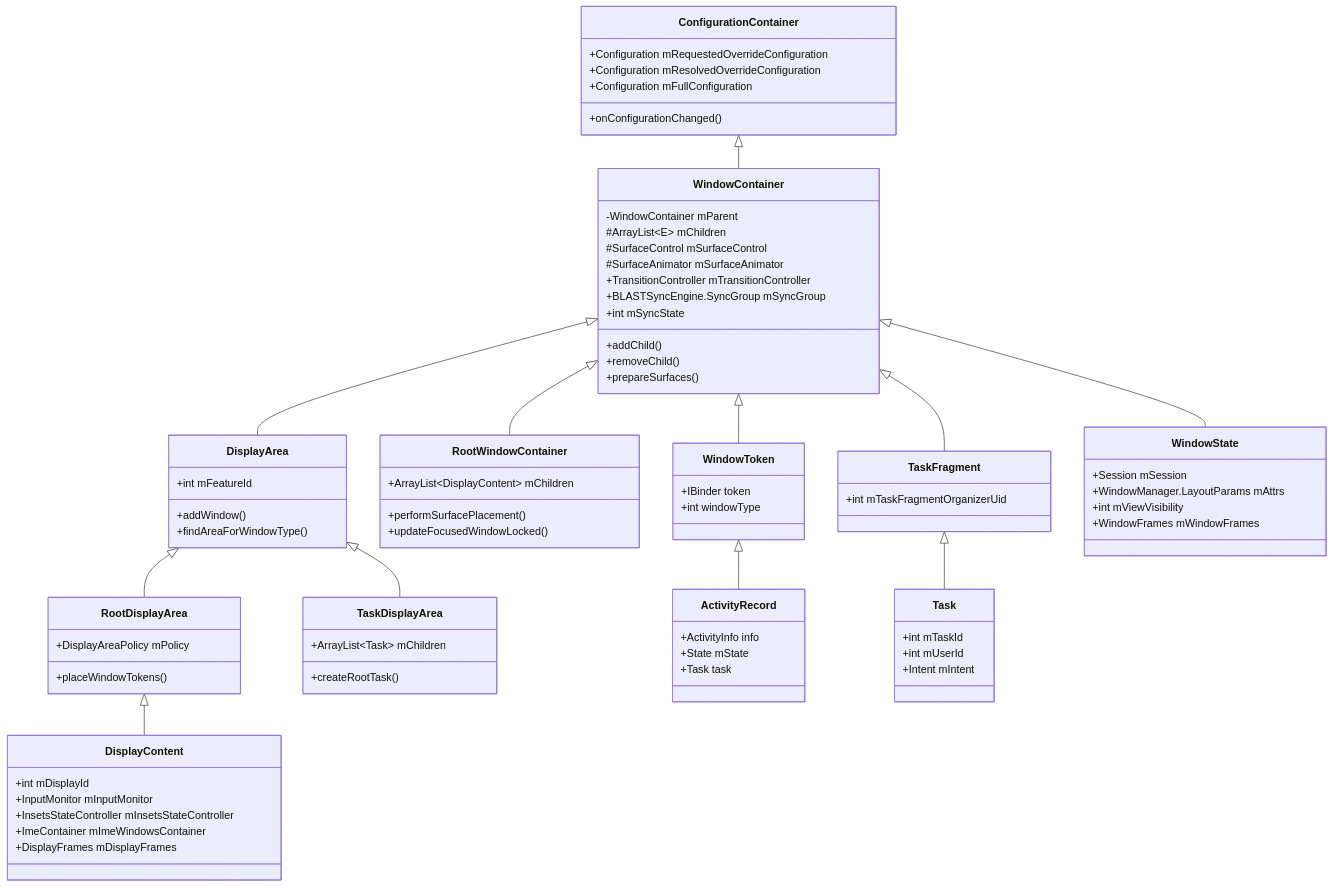
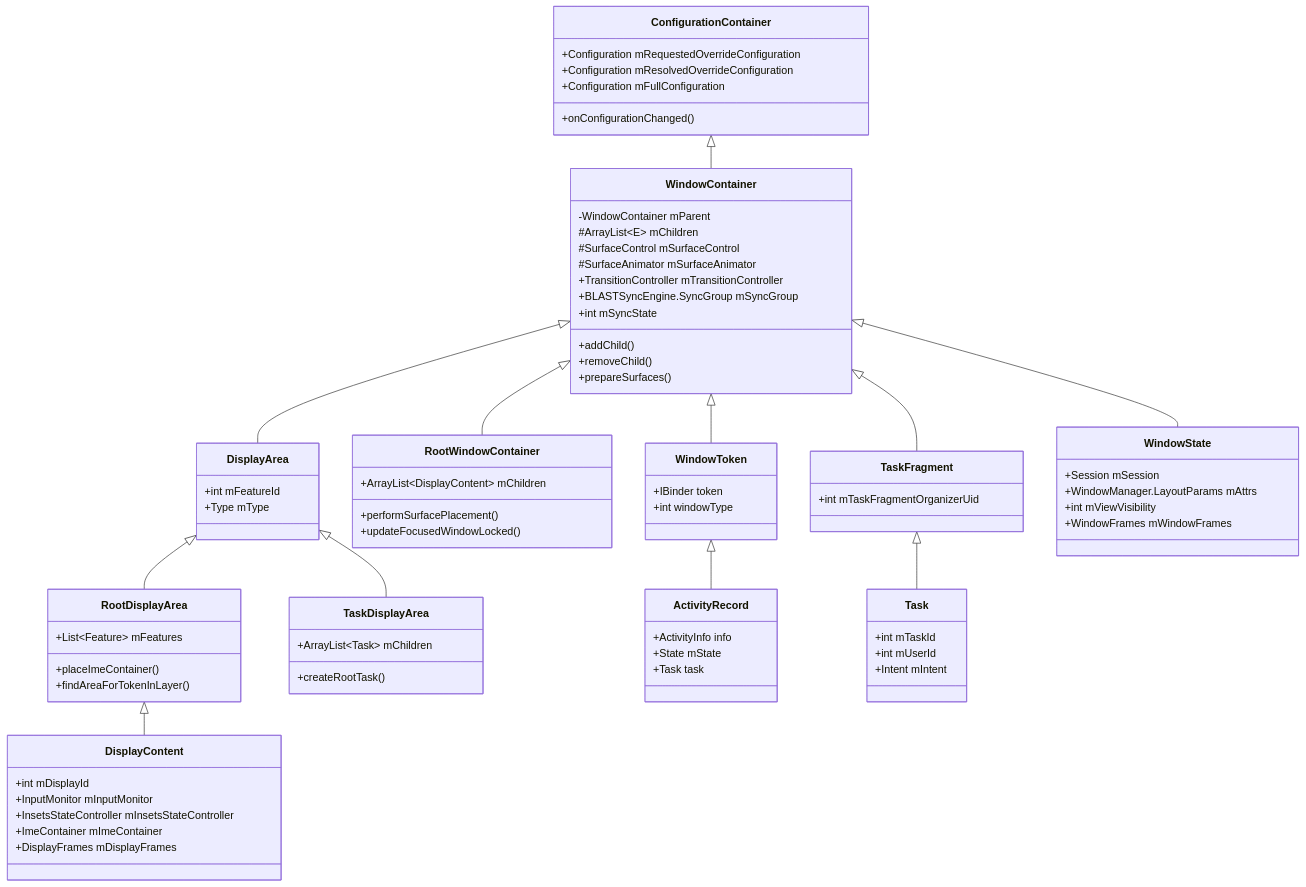
The second of 33 diagrams in agents/claude/skills/aosp-framework-core/23-window-system.md (aospbooks/aosp-internal-book), drawn with Mermaid before and after one commit. The commit also changed other lines of this file and 218 other files, not shown here.

```diff
--- a/agents/claude/skills/aosp-framework-core/23-window-system.md
+++ b/agents/claude/skills/aosp-framework-core/23-window-system.md
@@ -155,20 +155,20 @@
 
     class DisplayArea {
         +int mFeatureId
-        +addWindow()
-        +findAreaForWindowType()
+        +Type mType
     }
 
     class RootDisplayArea {
-        +DisplayAreaPolicy mPolicy
-        +placeWindowTokens()
+        +List~Feature~ mFeatures
+        +placeImeContainer()
+        +findAreaForTokenInLayer()
     }
 
     class DisplayContent {
         +int mDisplayId
         +InputMonitor mInputMonitor
         +InsetsStateController mInsetsStateController
-        +ImeContainer mImeWindowsContainer
+        +ImeContainer mImeContainer
         +DisplayFrames mDisplayFrames
     }
 
```
